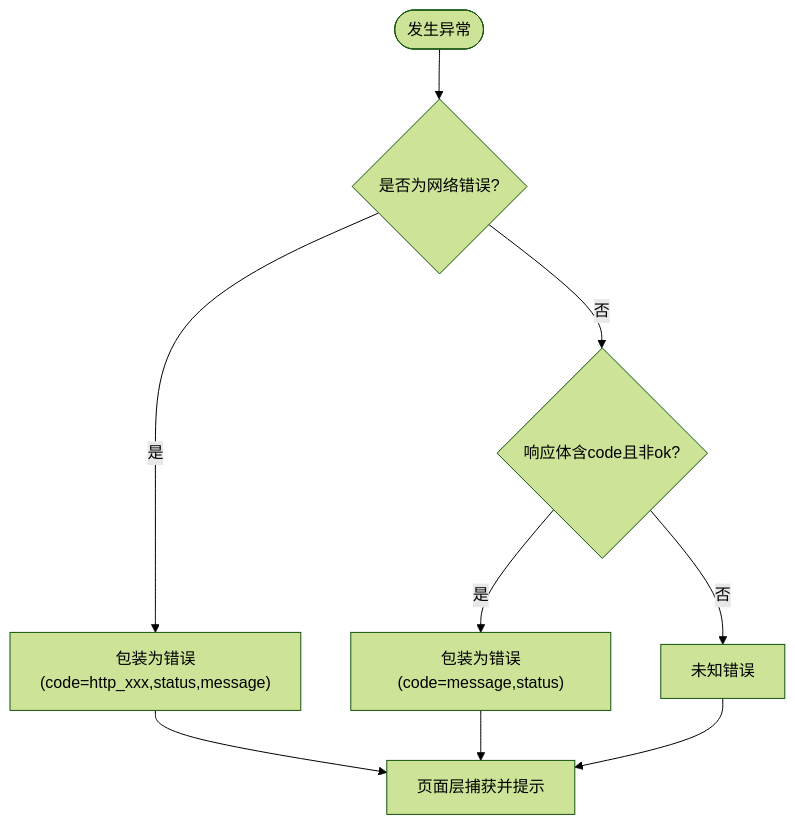
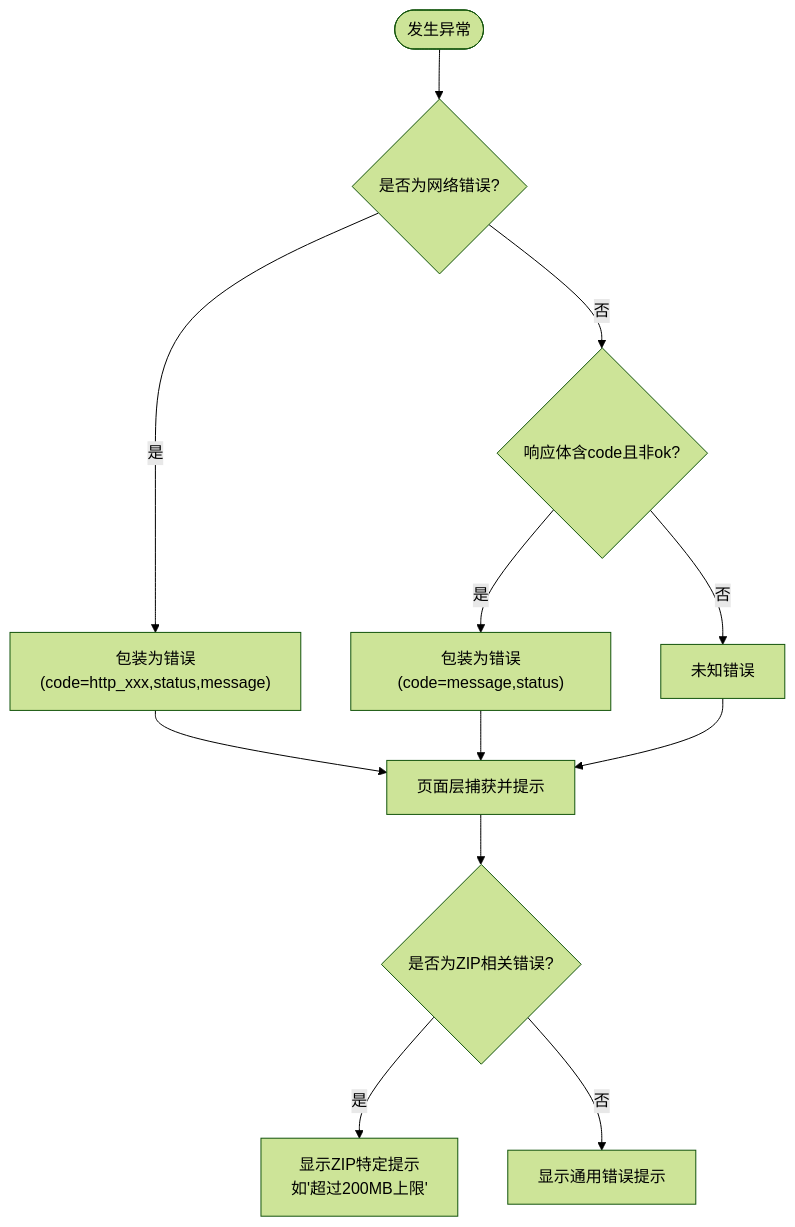
The seventh of 9 diagrams in .qoder/repowiki/zh/content/前端开发指南/API集成.md (leo21cn/ai-learning-hub), drawn with Mermaid (forest theme) before and after one commit. The commit also changed other lines of this file and 41 other files, not shown here.

````diff
--- a/.qoder/repowiki/zh/content/前端开发指南/API集成.md
+++ b/.qoder/repowiki/zh/content/前端开发指南/API集成.md
@@ -295,11 +392,14 @@
 ```mermaid
 flowchart TD
 EStart(["发生异常"]) --> NetErr{"是否为网络错误?"}
 NetErr --> |是| WrapNet["包装为错误(code=http_xxx,status,message)"]
 NetErr --> |否| BizErr{"响应体含code且非ok?"}
 BizErr --> |是| WrapBiz["包装为错误(code=message,status)"]
 BizErr --> |否| Unknown["未知错误"]
 WrapNet --> ShowUI["页面层捕获并提示"]
 WrapBiz --> ShowUI
 Unknown --> ShowUI
+ShowUI --> ZipErr{"是否为ZIP相关错误?"}
+ZipErr --> |是| ZipHint["显示ZIP特定提示<br/>如'超过200MB上限'"]
+ZipErr --> |否| GenericHint["显示通用错误提示"]
 ```
````
